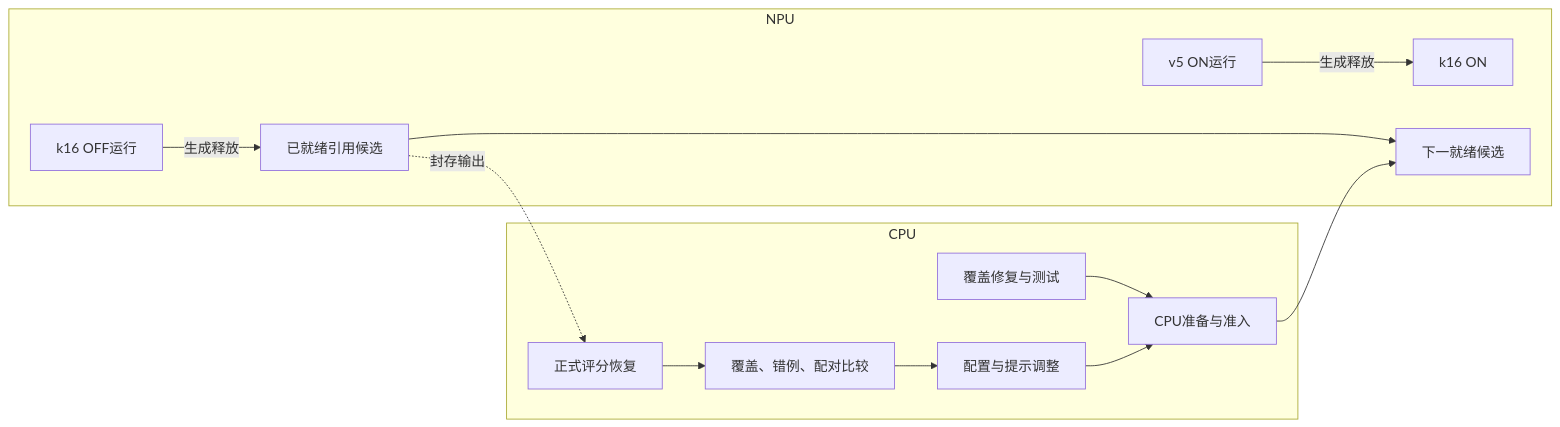
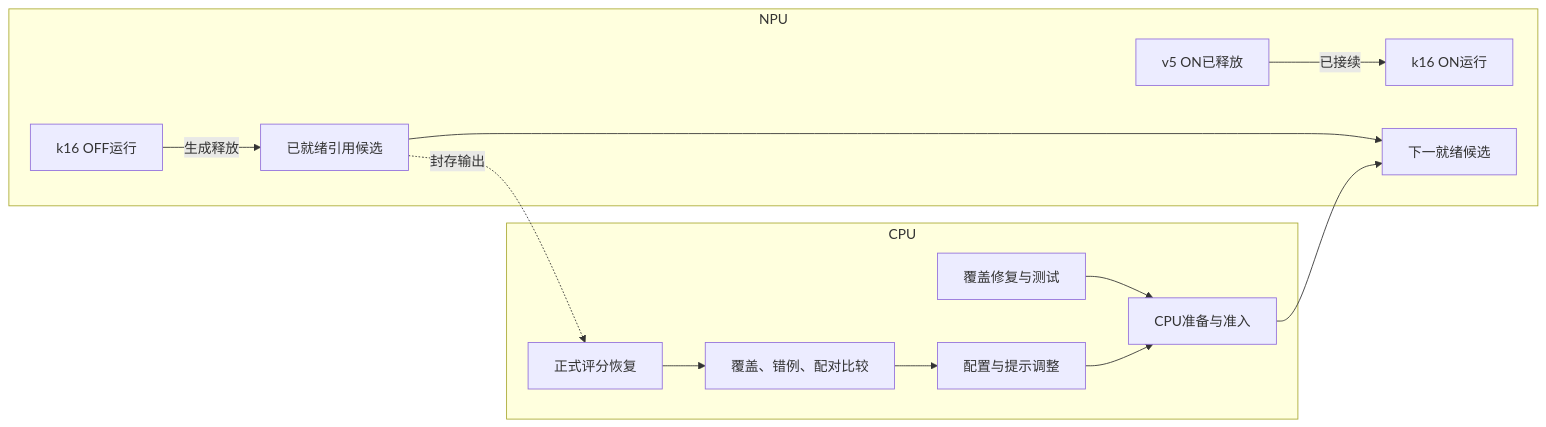
Before and after one commit to chaosxingxc-orion/omni: the diagram in wiki/TFRL-Execution-DAG.md, drawn with Mermaid. The commit also changed other lines of this file and 9 other files, not shown here.

````diff
--- a/wiki/TFRL-Execution-DAG.md
+++ b/wiki/TFRL-Execution-DAG.md
@@ -28,16 +28,16 @@
 ```mermaid
 flowchart LR
   subgraph CPU
     Fix[覆盖修复与测试] --> Prepare[CPU准备与准入]
     Score[正式评分恢复] --> Compare[覆盖、错例、配对比较]
     Compare --> Tune[配置与提示调整]
     Tune --> Prepare
   end
   subgraph NPU
     A[k16 OFF运行] -->|生成释放| Cover[已就绪引用候选]
-    B[v5 ON运行] -->|生成释放| K[k16 ON]
+    B[v5 ON已释放] -->|已接续| K[k16 ON运行]
     Cover --> Next[下一就绪候选]
   end
   Prepare --> Next
   Cover -.封存输出.-> Score
 ```
````
